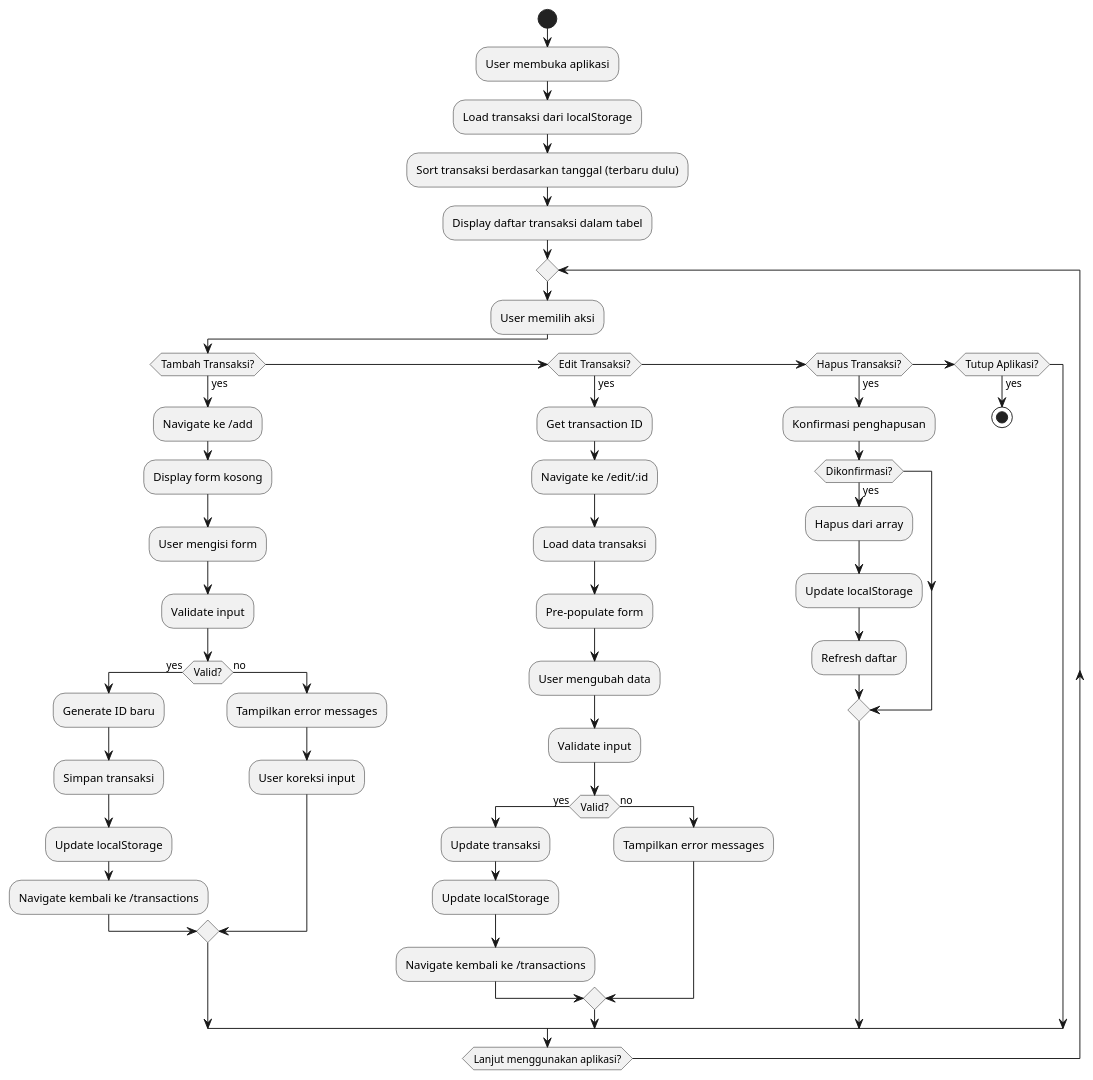
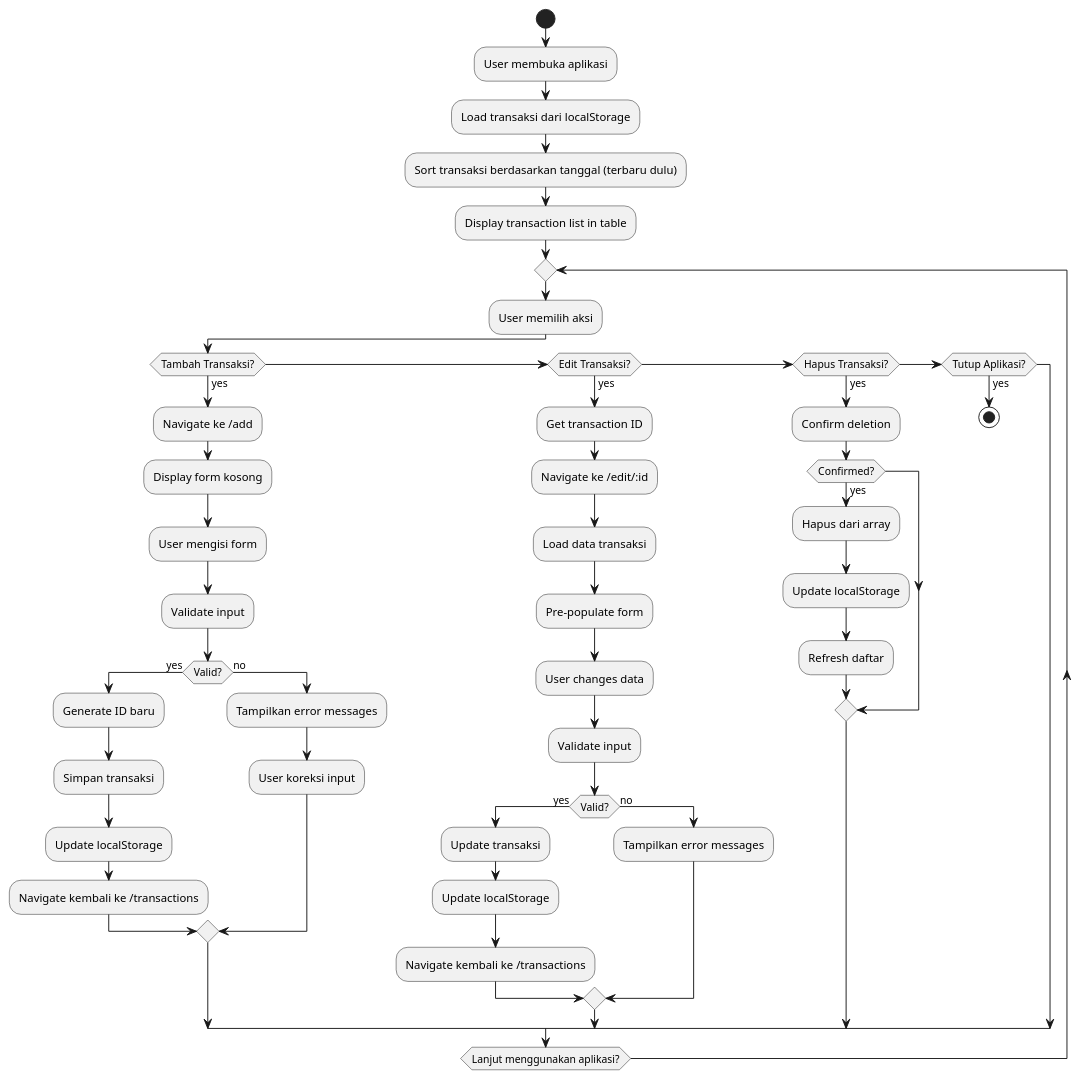
One commit to MarchianTz/test_subj changed diagram 11 of 16 in README.md. Above: the diagram before and after it, drawn with PlantUML. The commit also changed other lines of this file, not shown here.

````diff
--- a/README.md
+++ b/README.md
@@ -1267,56 +2020,56 @@
 ```plantuml
 @startuml Activity Diagram - Main Workflow
 start
 :User membuka aplikasi;
 
 :Load transaksi dari localStorage;
 :Sort transaksi berdasarkan tanggal (terbaru dulu);
-:Display daftar transaksi dalam tabel;
+:Display transaction list in table;
 
 repeat
     :User memilih aksi;
     
     if (Tambah Transaksi?) then (yes)
         :Navigate ke /add;
         :Display form kosong;
         :User mengisi form;
         :Validate input;
         if (Valid?) then (yes)
             :Generate ID baru;
             :Simpan transaksi;
             :Update localStorage;
             :Navigate kembali ke /transactions;
         else (no)
             :Tampilkan error messages;
             :User koreksi input;
         endif
         
     elseif (Edit Transaksi?) then (yes)
         :Get transaction ID;
         :Navigate ke /edit/:id;
         :Load data transaksi;
         :Pre-populate form;
-        :User mengubah data;
+        :User changes data;
         :Validate input;
         if (Valid?) then (yes)
             :Update transaksi;
             :Update localStorage;
             :Navigate kembali ke /transactions;
         else (no)
             :Tampilkan error messages;
         endif
         
     elseif (Hapus Transaksi?) then (yes)
-        :Konfirmasi penghapusan;
-        if (Dikonfirmasi?) then (yes)
+        :Confirm deletion;
+        if (Confirmed?) then (yes)
             :Hapus dari array;
             :Update localStorage;
             :Refresh daftar;
         endif
         
     elseif (Tutup Aplikasi?) then (yes)
         stop
     endif
 repeat while (Lanjut menggunakan aplikasi?)
 @enduml
 ```
````
